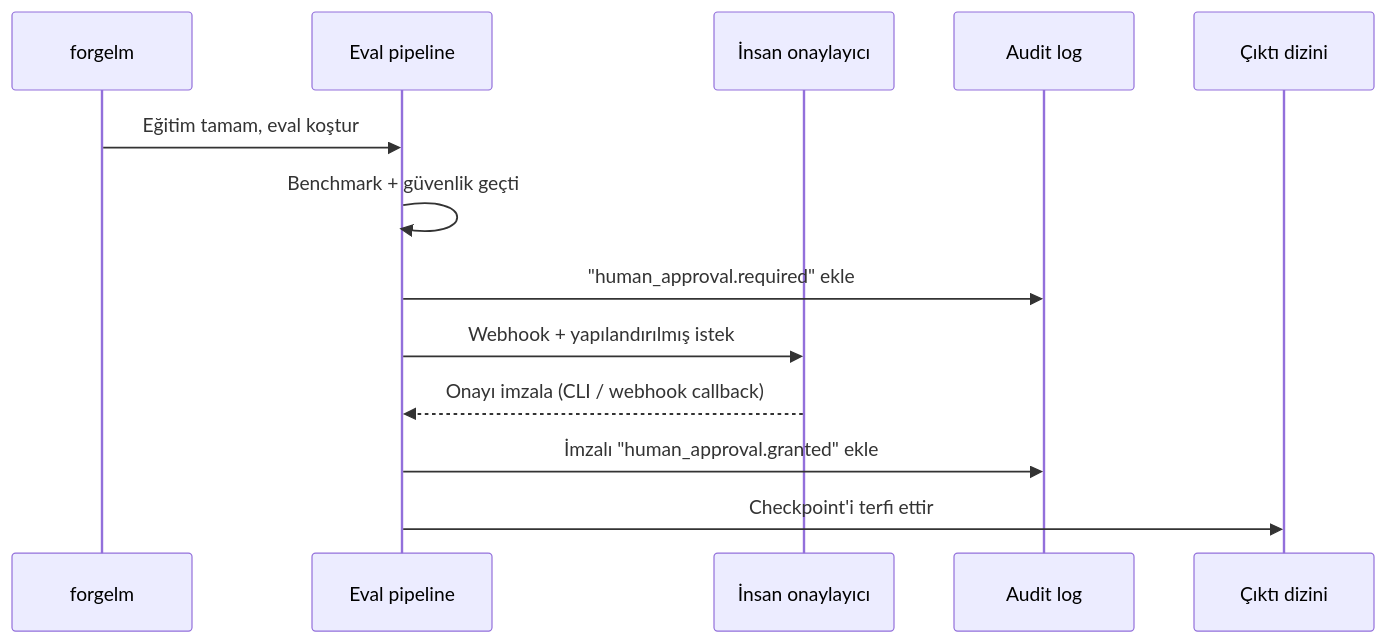
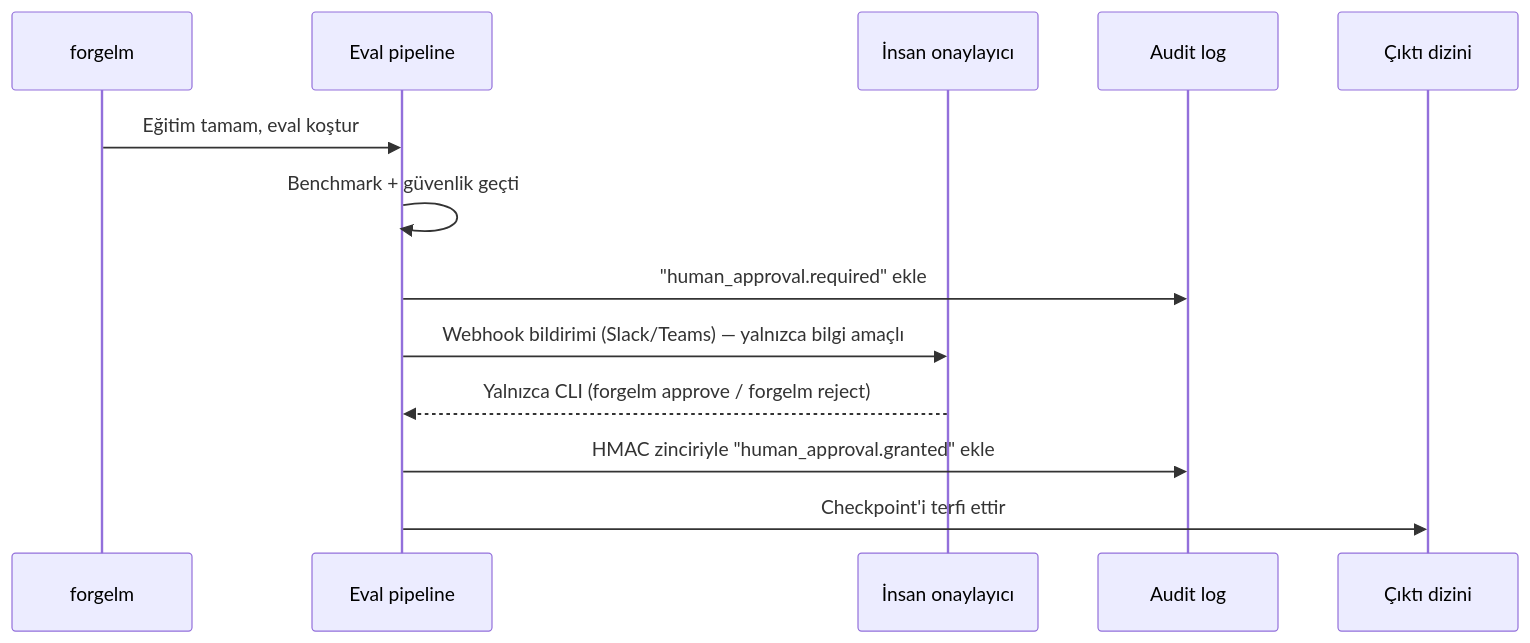
One commit to cemililik/ForgeLM changed the diagram in docs/usermanuals/tr/compliance/human-oversight.md. Above: the diagram before and after it, drawn with Mermaid. The commit also changed 19 other files, not shown here.

````diff
--- a/docs/usermanuals/tr/compliance/human-oversight.md
+++ b/docs/usermanuals/tr/compliance/human-oversight.md
@@ -12,16 +12,16 @@
 ```mermaid
 sequenceDiagram
     participant Train as forgelm
     participant Eval as Eval pipeline
     participant Approver as İnsan onaylayıcı
     participant Audit as Audit log
     participant Output as Çıktı dizini
 
     Train->>Eval: Eğitim tamam, eval koştur
     Eval->>Eval: Benchmark + güvenlik geçti
     Eval->>Audit: "human_approval.required" ekle
-    Eval->>Approver: Webhook + yapılandırılmış istek
-    Approver-->>Eval: Onayı imzala (CLI / webhook callback)
-    Eval->>Audit: İmzalı "human_approval.granted" ekle
+    Eval->>Approver: Webhook bildirimi (Slack/Teams) — yalnızca bilgi amaçlı
+    Approver-->>Eval: Yalnızca CLI (forgelm approve / forgelm reject)
+    Eval->>Audit: HMAC zinciriyle "human_approval.granted" ekle
     Eval->>Output: Checkpoint'i terfi ettir
 ```
````
